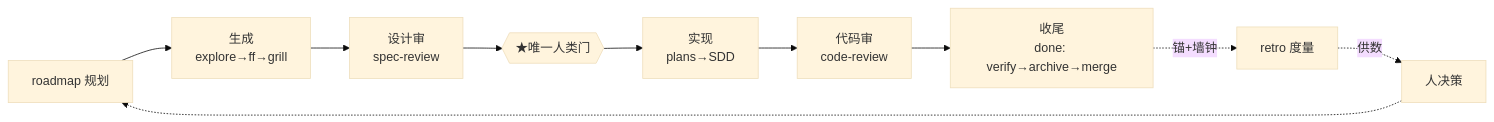
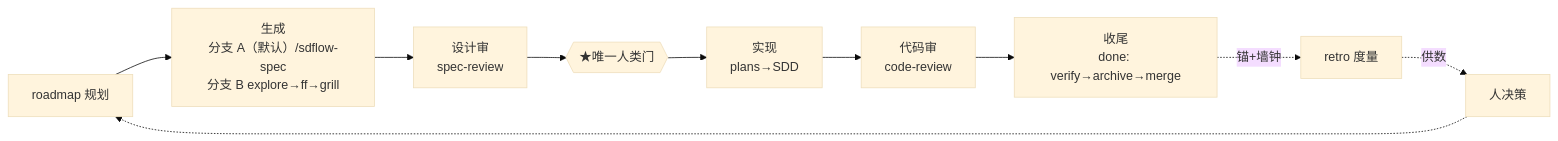
Before and after one commit to laodao-ai/sdflow-skills: the diagram in docs/sdflow-fable5/README.md, drawn with Mermaid (base theme). The commit also changed 11 other files, not shown here.

First line of the commit message:
fix(add-sdflow-spec): FF-0 逃生口换机制（正则→一次性哨兵）+ 阶段一载体扫法纠偏

````diff
--- a/docs/sdflow-fable5/README.md
+++ b/docs/sdflow-fable5/README.md
@@ -19,6 +19,6 @@
 ```mermaid
 flowchart LR
-    R["roadmap 规划"] --> G["生成<br/>explore→ff→grill"] --> S["设计审<br/>spec-review"] --> HG{{"★唯一人类门"}}
+    R["roadmap 规划"] --> G["生成<br/>分支 A（默认）/sdflow-spec<br/>分支 B explore→ff→grill"] --> S["设计审<br/>spec-review"] --> HG{{"★唯一人类门"}}
     HG --> I["实现<br/>plans→SDD"] --> C["代码审<br/>code-review"] --> D["收尾<br/>done: verify→archive→merge"]
     D -.锚+墙钟.-> M["retro 度量"] -.供数.-> H["人决策"] -.-> R
 ```
````
